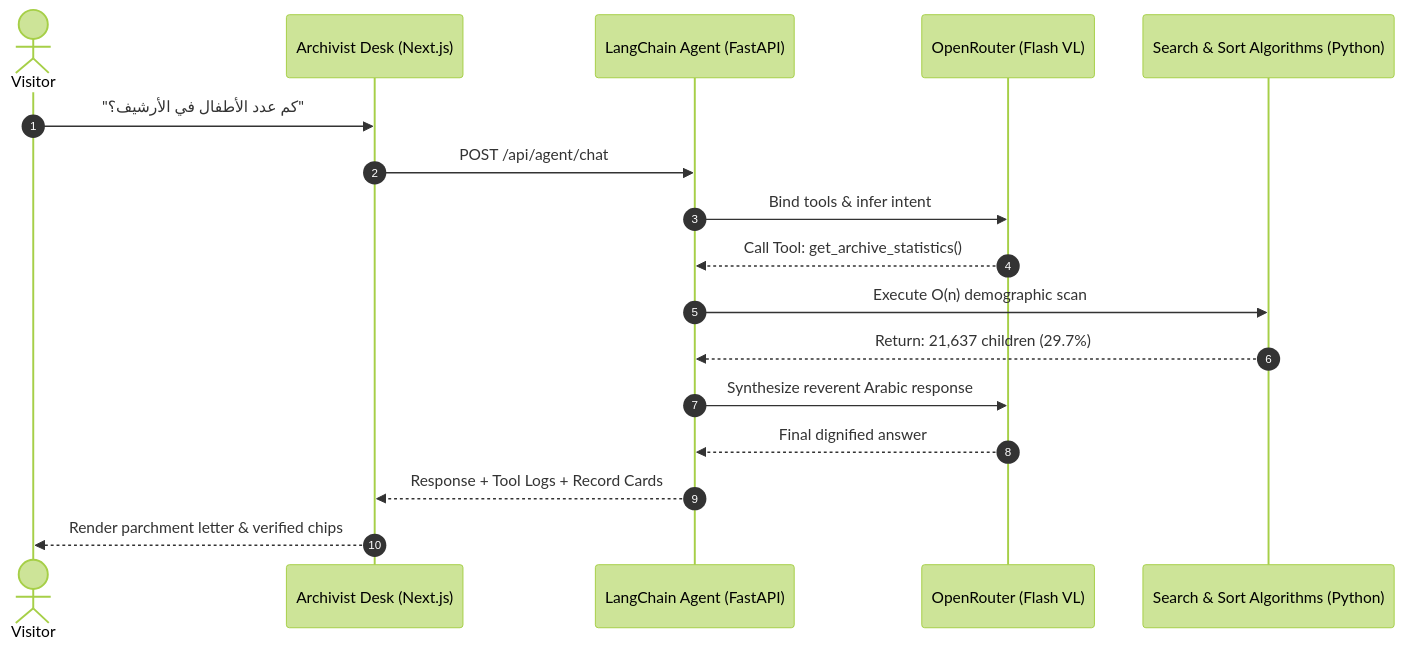
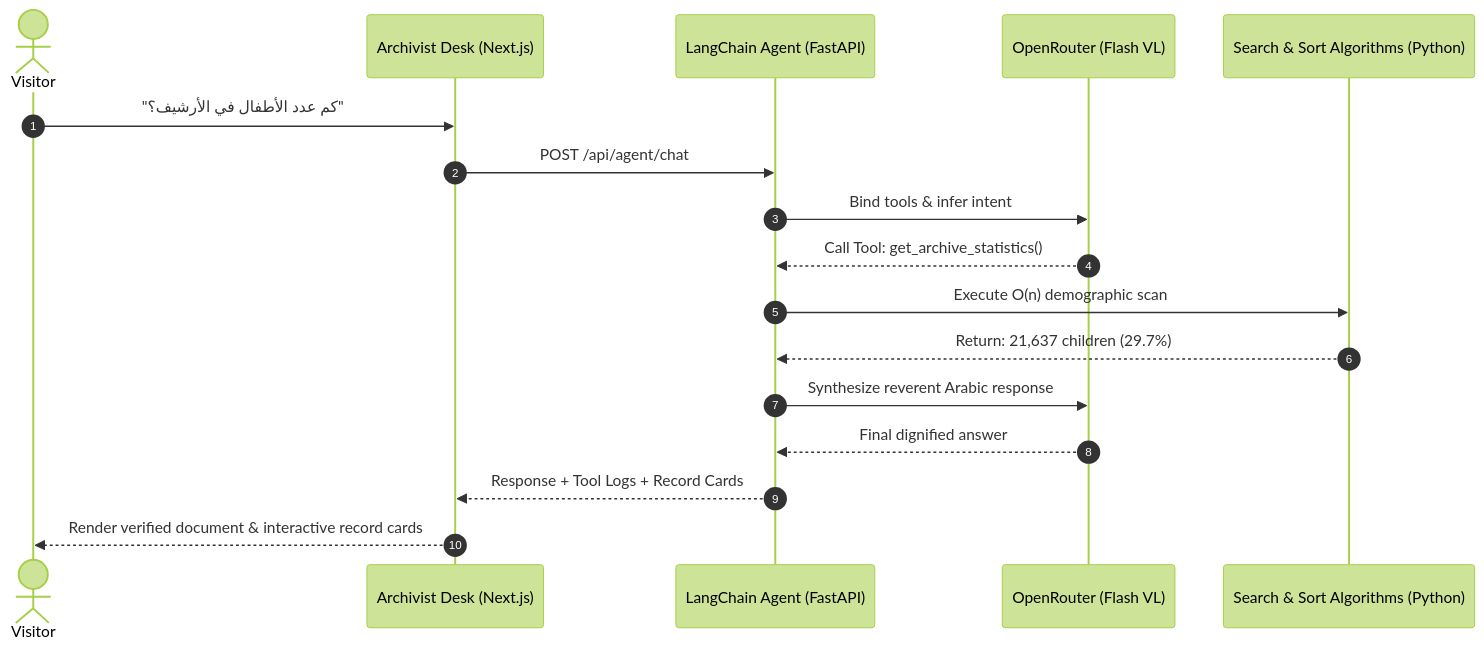
Before and after one commit to MohammedBabaqi/palestine-names: the diagram in README.md, drawn with Mermaid (forest theme). The commit also changed other lines of this file, not shown here.

Commit message:
docs: update README with latest narrative flow, Darwish quote, and vector ArchivalSeal architecture

````diff
--- a/README.md
+++ b/README.md
@@ -107,20 +109,20 @@
 ```mermaid
 sequenceDiagram
     autonumber
     actor User as Visitor
     participant UI as Archivist Desk (Next.js)
     participant Agent as LangChain Agent (FastAPI)
     participant LLM as OpenRouter (Flash VL)
     participant Tools as Search & Sort Algorithms (Python)
 
     User->>UI: "كم عدد الأطفال في الأرشيف؟"
     UI->>Agent: POST /api/agent/chat
     Agent->>LLM: Bind tools & infer intent
     LLM-->>Agent: Call Tool: get_archive_statistics()
     Agent->>Tools: Execute O(n) demographic scan
     Tools-->>Agent: Return: 21,637 children (29.7%)
     Agent->>LLM: Synthesize reverent Arabic response
     LLM-->>Agent: Final dignified answer
     Agent-->>UI: Response + Tool Logs + Record Cards
-    UI-->>User: Render parchment letter & verified chips
+    UI-->>User: Render verified document & interactive record cards
 ```
````
